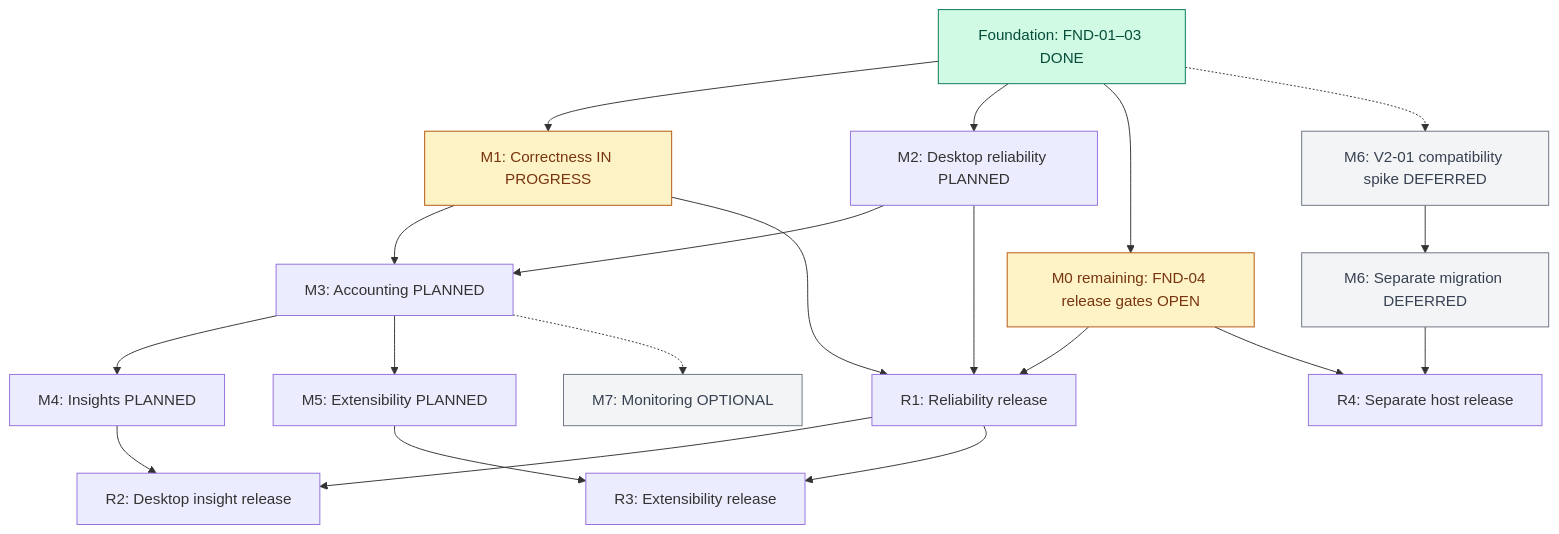
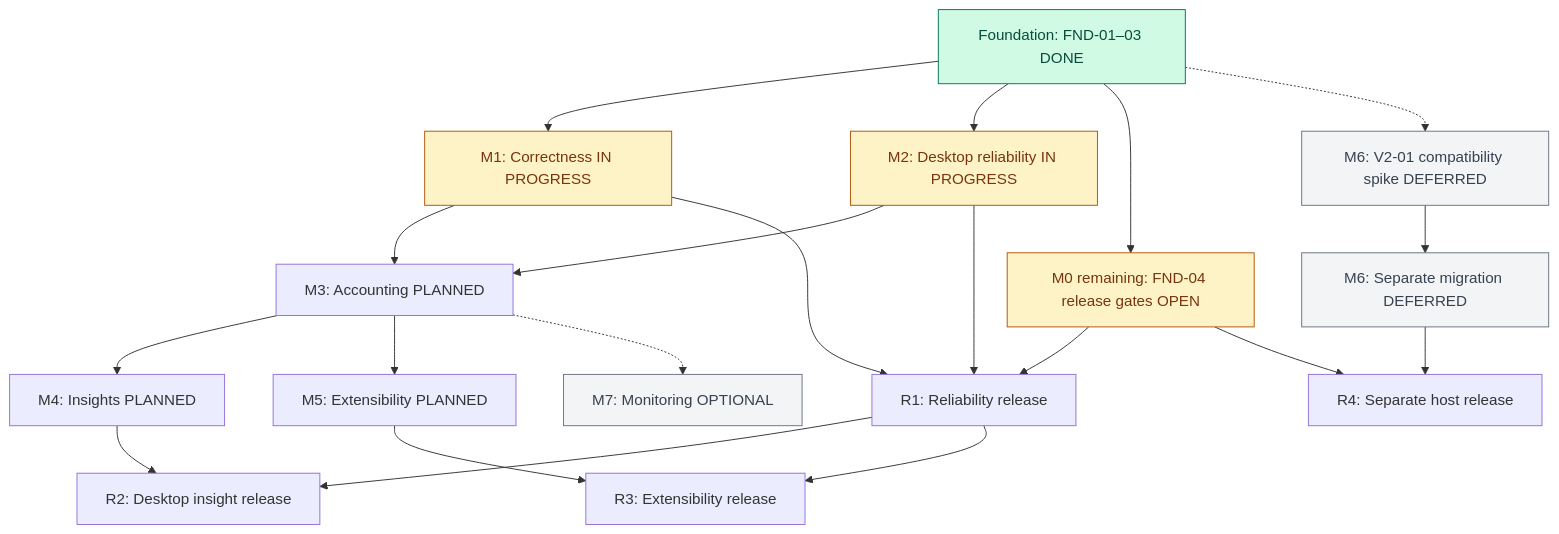
One commit to thanhndv212/opencode-quota changed the first of 2 diagrams in docs/UPSTREAM_DELIVERY_PLAN.md. Above: the diagram before and after it, drawn with Mermaid. The commit also changed other lines of this file and 39 other files, not shown here.

````diff
--- a/docs/UPSTREAM_DELIVERY_PLAN.md
+++ b/docs/UPSTREAM_DELIVERY_PLAN.md
@@ -143,28 +145,28 @@
 ```mermaid
 flowchart TD
   FND["Foundation: FND-01–03 DONE"] --> M1["M1: Correctness IN PROGRESS"]
-  FND --> M2["M2: Desktop reliability PLANNED"]
+  FND --> M2["M2: Desktop reliability IN PROGRESS"]
   FND --> PUB["M0 remaining: FND-04 release gates OPEN"]
   M1 --> M3["M3: Accounting PLANNED"]
   M2 --> M3
   M3 --> M4["M4: Insights PLANNED"]
   M3 --> M5["M5: Extensibility PLANNED"]
   M3 -.-> M7["M7: Monitoring OPTIONAL"]
   FND -.-> SPIKE["M6: V2-01 compatibility spike DEFERRED"]
   SPIKE --> V2["M6: Separate migration DEFERRED"]
   M1 --> R1["R1: Reliability release"]
   M2 --> R1
   PUB --> R1
   M4 --> R2["R2: Desktop insight release"]
   R1 --> R2
   M5 --> R3["R3: Extensibility release"]
   R1 --> R3
   V2 --> R4["R4: Separate host release"]
   PUB --> R4
   classDef done fill:#d1fae5,stroke:#047857,color:#064e3b;
   classDef active fill:#fef3c7,stroke:#b45309,color:#78350f;
   classDef optional fill:#f3f4f6,stroke:#6b7280,color:#374151;
   class FND done;
-  class M1,PUB active;
+  class M1,M2,PUB active;
   class M7,SPIKE,V2 optional;
 ```
````
